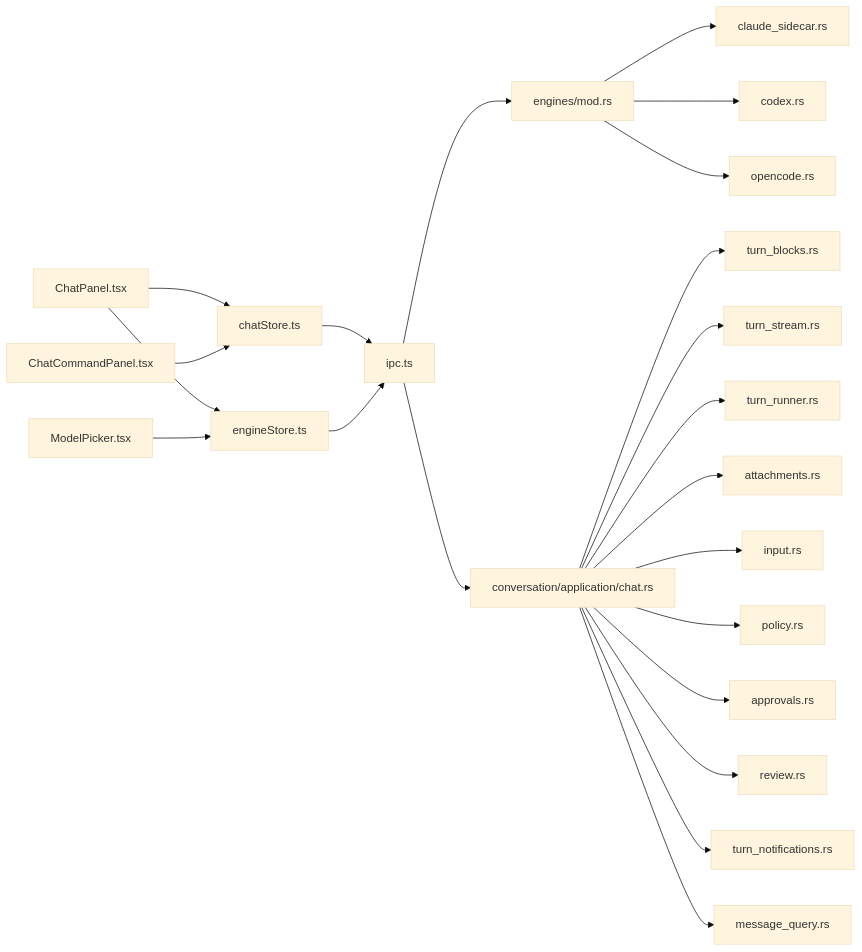
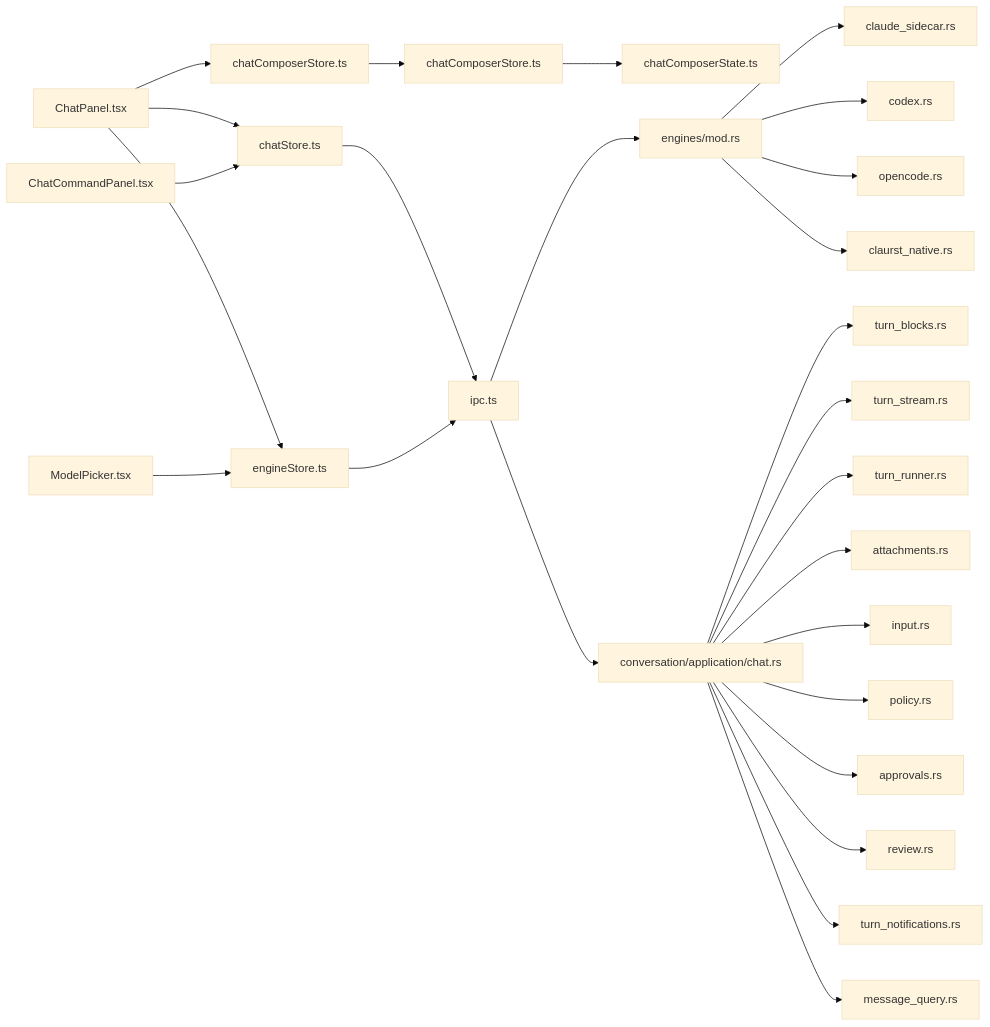
Before and after one commit to yattin/panes: the ninth of 9 diagrams in .qoder/repowiki/zh/content/核心功能/聊天和 AI 集成/聊天和 AI 集成.md, drawn with Mermaid (base theme). The commit also changed other lines of this file and 45 other files, not shown here.

````diff
--- a/.qoder/repowiki/zh/content/核心功能/聊天和 AI 集成/聊天和 AI 集成.md
+++ b/.qoder/repowiki/zh/content/核心功能/聊天和 AI 集成/聊天和 AI 集成.md
@@ -623,24 +829,28 @@
 ```mermaid
 graph LR
 ChatPanel["ChatPanel.tsx"] --> chatStore["chatStore.ts"]
 ChatPanel --> engineStore["engineStore.ts"]
+ChatPanel --> chatComposerStore["chatComposerStore.ts"]
 ModelPicker["ModelPicker.tsx"] --> engineStore
 ChatCommandPanel["ChatCommandPanel.tsx"] --> chatStore
 chatStore --> IPC["ipc.ts"]
 engineStore --> IPC
+chatComposerStore --> chatComposerStoreApp["chatComposerStore.ts"]
+chatComposerStoreApp --> chatComposerState["chatComposerState.ts"]
 IPC --> engines_mod["engines/mod.rs"]
 engines_mod --> claude_sidecar["claude_sidecar.rs"]
 engines_mod --> codex["codex.rs"]
 engines_mod --> opencode["opencode.rs"]
+engines_mod --> claurst_native["claurst_native.rs"]
 IPC --> conversation_chat["conversation/application/chat.rs"]
 conversation_chat --> turn_blocks["turn_blocks.rs"]
 conversation_chat --> turn_stream["turn_stream.rs"]
 conversation_chat --> turn_runner["turn_runner.rs"]
 conversation_chat --> attachments["attachments.rs"]
 conversation_chat --> input["input.rs"]
 conversation_chat --> policy["policy.rs"]
 conversation_chat --> approvals["approvals.rs"]
 conversation_chat --> review["review.rs"]
 conversation_chat --> notifications["turn_notifications.rs"]
 conversation_chat --> message_query["message_query.rs"]
 ```
````
